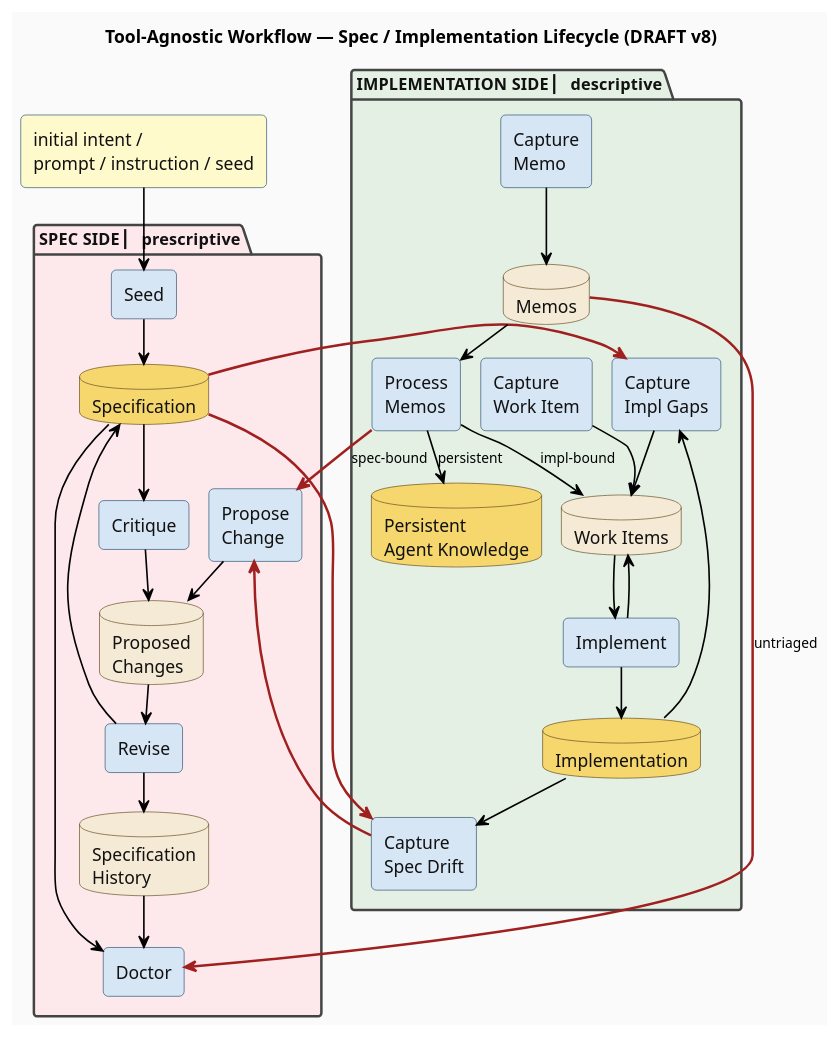
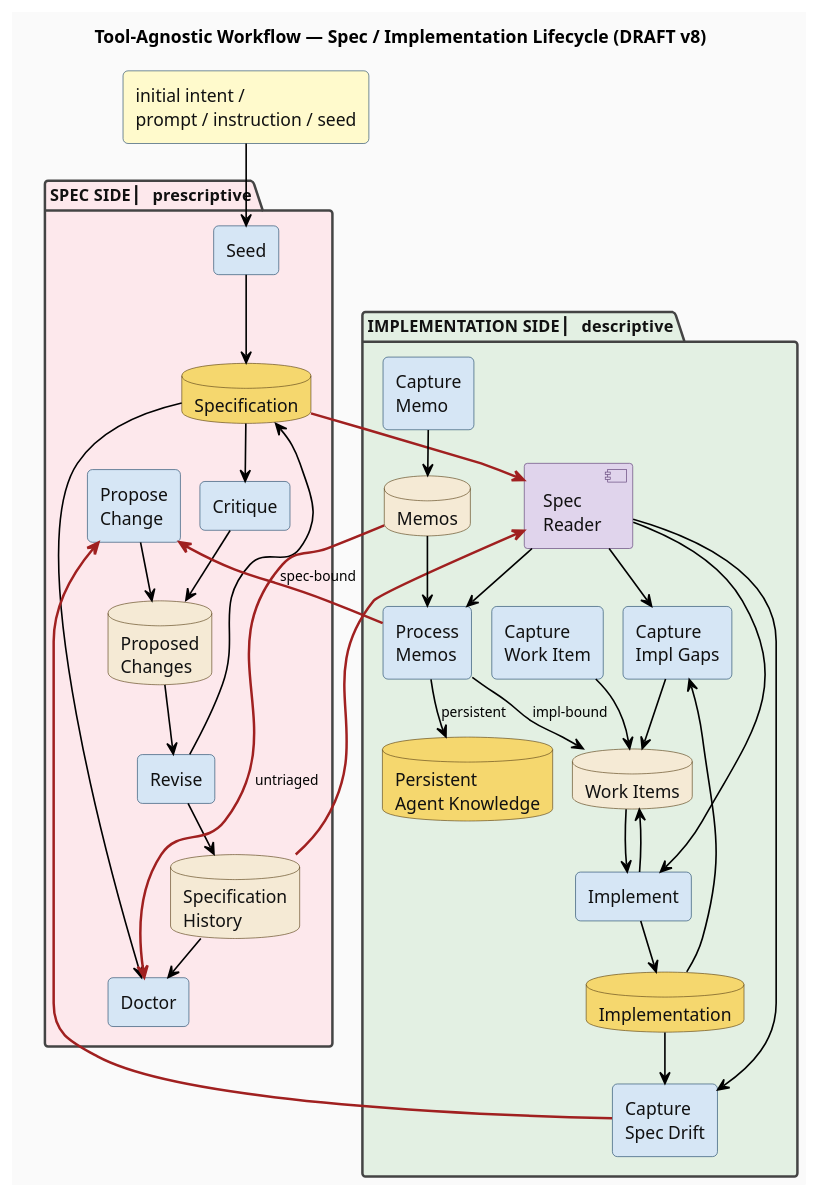
The diagram in research/workflow-processes/diagrams/draft-tool-agnostic-workflow.plantuml (thewoolleyman/livespec), drawn with PlantUML before and after one commit. The commit also changed 2 other files, not shown here.

First paragraph of the commit message:
docs(research): add Spec Reader impl-side API; promote side delimiters to first-class subheaders
Two coordinated structural changes:

```diff
--- a/research/workflow-processes/diagrams/draft-tool-agnostic-workflow.plantuml
+++ b/research/workflow-processes/diagrams/draft-tool-agnostic-workflow.plantuml
@@ -1,140 +1,152 @@
 @startuml draft-tool-agnostic-workflow
 title Tool-Agnostic Workflow — Spec / Implementation Lifecycle (DRAFT v8)
 
 ' Container approach: package shapes for SPEC SIDE and
 ' IMPLEMENTATION SIDE. Accepts PlantUML's default side-by-side
 ' container layout in exchange for clean visual grouping that
 ' the v4-v7 flat-layout approach couldn't provide.
 '
 ' v8 = v7 content + package containers:
 ' - Single input box (no actor figures)
 ' - Spec → Capture Spec Drift edge included
 ' - Pure black arrows, dark fonts everywhere
 ' - Container packages do the spec/impl grouping (no separate
 '   SPEC SIDE / IMPLEMENTATION SIDE label boxes; no WALL element)
 
 skinparam defaultFontName Helvetica
 skinparam shadowing false
 skinparam BackgroundColor #fafafa
 skinparam ArrowColor #000000
 skinparam ArrowFontColor #000000
 skinparam ArrowFontSize 11
 skinparam ArrowThickness 1.3
 skinparam nodesep 16
 skinparam ranksep 26
 hide stereotype
 
 skinparam package {
   FontColor #111
   FontSize 13
   FontStyle bold
   BorderColor #444
   BorderThickness 2
 }
 
 skinparam rectangle {
   BackgroundColor #d6e6f5
   BorderColor #1f4768
   FontColor #111
   RoundCorner 8
 }
 
 skinparam database {
   BackgroundColor #f5ead5
   BorderColor #5a4319
   FontColor #111
 }
 
+skinparam component {
+  BackgroundColor #e0d4ec
+  BorderColor #5a3a72
+  FontColor #111
+}
+
 ' ============================================================
 ' EXTERNAL INPUT (replaces actors)
 ' ============================================================
 
 rectangle "initial intent /\nprompt / instruction / seed" as Input #fffacc
 
 ' ============================================================
 ' SPEC SIDE
 ' ============================================================
 
 package "SPEC SIDE  ▏ prescriptive" as SpecPkg #fde8ec {
   rectangle "Seed" as Seed
   rectangle "Propose\nChange" as Propose
   rectangle "Critique" as Critique
   rectangle "Revise" as Revise
   rectangle "Doctor" as Doctor
 
   database "Specification" as Spec #f5d76e
   database "Proposed\nChanges" as PCQueue
   database "Specification\nHistory" as History
 }
 
 ' ============================================================
 ' IMPLEMENTATION SIDE
 ' ============================================================
 
 package "IMPLEMENTATION SIDE  ▏ descriptive" as ImplPkg #e3f0e3 {
   rectangle "Capture\nImpl Gaps" as CaptureImplGaps
   rectangle "Capture\nWork Item" as CaptureWorkItem
   rectangle "Implement" as Implement
   rectangle "Capture\nSpec Drift" as CaptureSpecDrift
   rectangle "Capture\nMemo" as CaptureMemo
   rectangle "Process\nMemos" as ProcessMemos
 
+  component "Spec\nReader" as SpecReader
+
   database "Implementation" as Impl #f5d76e
   database "Work Items" as WorkItems
   database "Memos" as Memos
   database "Persistent\nAgent Knowledge" as AgentKnowledge #f5d76e
 }
 
 ' ============================================================
 ' VISIBLE EDGES (data flow)
 ' ============================================================
 
 ' External input → Seed
 Input --> Seed
 
 ' Spec lifecycle
 Seed --> Spec
 Propose --> PCQueue
 PCQueue --> Revise
 Revise --> Spec
 Revise --> History
 Spec --> Critique
 Critique --> PCQueue
 Spec --> Doctor
 History --> Doctor
 
-' Cross-boundary: SPEC → IMPL (prescription)
-Spec -[#a02020,thickness=2]-> CaptureImplGaps
+' Cross-boundary: SPEC SIDE → Spec Reader (unified read access)
+Spec -[#a02020,thickness=2]-> SpecReader
+History -[#a02020,thickness=2]-> SpecReader
 
-' Cross-boundary: SPEC → IMPL (spec input to drift detection)
-Spec -[#a02020,thickness=2]-> CaptureSpecDrift
+' Spec Reader → impl-side consumers
+SpecReader --> CaptureImplGaps
+SpecReader --> CaptureSpecDrift
+SpecReader --> Implement
+SpecReader --> ProcessMemos
 
 ' Impl gap lifecycle
 Impl --> CaptureImplGaps
 CaptureImplGaps --> WorkItems
 WorkItems --> Implement
 Implement --> Impl
 Implement --> WorkItems
 
 ' Direct work item filing (freeform, no gap-id)
 CaptureWorkItem --> WorkItems
 
 ' Spec-drift detection
 Impl --> CaptureSpecDrift
 
 ' Cross-boundary: IMPL → SPEC (drift findings)
 CaptureSpecDrift -[#a02020,thickness=2]-> Propose
 
 ' Memo lifecycle
 CaptureMemo --> Memos
 Memos --> ProcessMemos
 ProcessMemos --> WorkItems : impl-bound
 ProcessMemos --> AgentKnowledge : persistent
 
 ' Cross-boundary: IMPL → SPEC (spec-bound memo)
 ProcessMemos -[#a02020,thickness=2]-> Propose : spec-bound
 
 ' Cross-boundary: IMPL → SPEC (doctor hygiene query)
 Memos -[#a02020,thickness=2]-> Doctor : untriaged
 
 @enduml
```
